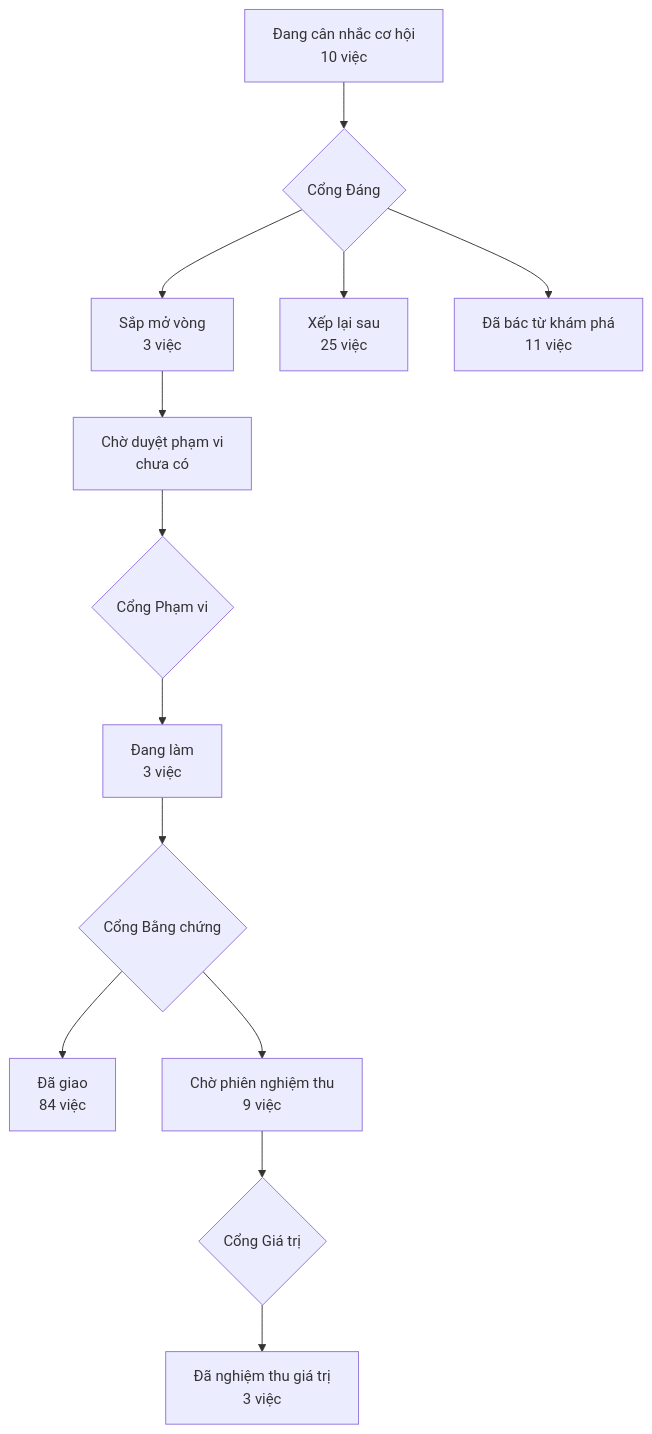
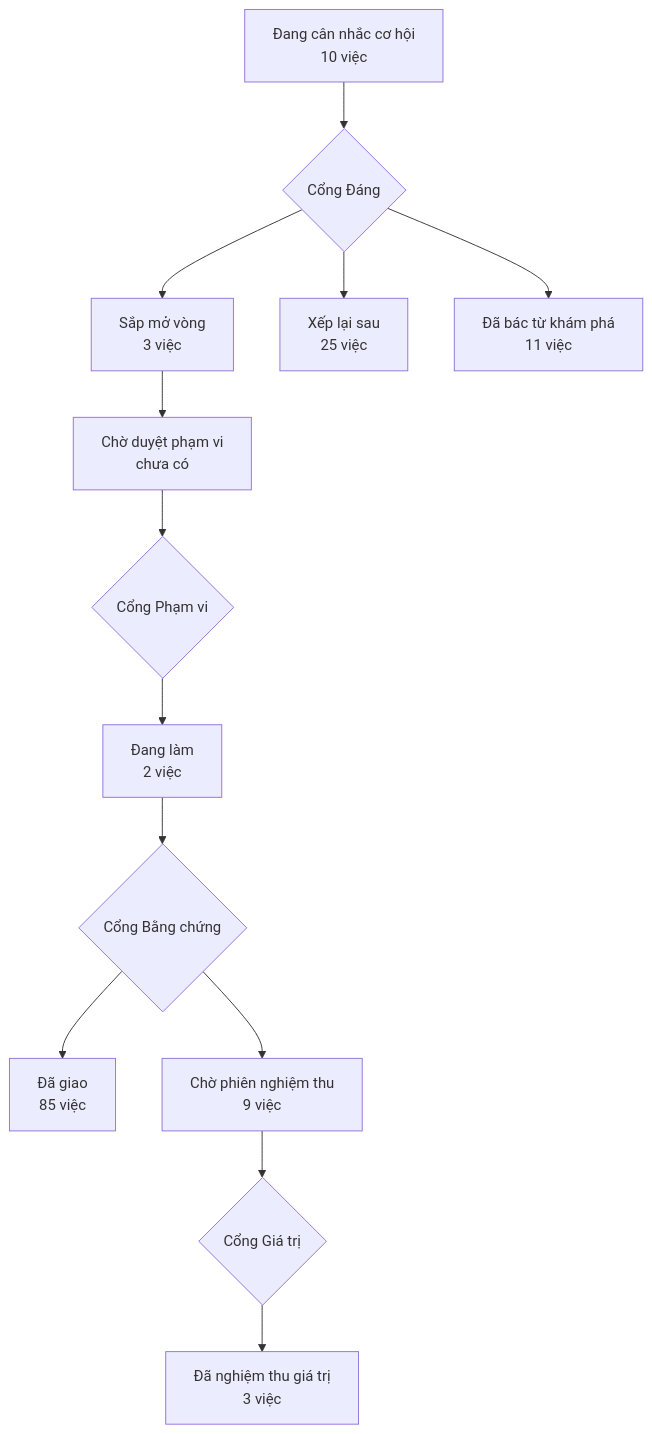
One commit to phanlemanh/acceptance-gate-kit changed the diagram in PRODUCT-MAP.md. Above: the diagram before and after it, drawn with Mermaid. The commit also changed 6 other files, not shown here.

````diff
--- a/PRODUCT-MAP.md
+++ b/PRODUCT-MAP.md
@@ -6,12 +6,12 @@
 ```mermaid
 flowchart TD
   A["Đang cân nhắc cơ hội<br/>10 việc"] --> GD{"Cổng Đáng"}
   GD --> B["Sắp mở vòng<br/>3 việc"]
   GD --> XL["Xếp lại sau<br/>25 việc"]
   GD --> DB["Đã bác từ khám phá<br/>11 việc"]
   B --> CD["Chờ duyệt phạm vi<br/>chưa có"] --> GP{"Cổng Phạm vi"}
-  GP --> DL["Đang làm<br/>3 việc"] --> GB{"Cổng Bằng chứng"}
-  GB --> DG["Đã giao<br/>84 việc"]
+  GP --> DL["Đang làm<br/>2 việc"] --> GB{"Cổng Bằng chứng"}
+  GB --> DG["Đã giao<br/>85 việc"]
   GB --> CN["Chờ phiên nghiệm thu<br/>9 việc"] --> GG{"Cổng Giá trị"}
   GG --> NT["Đã nghiệm thu giá trị<br/>3 việc"]
 ```
````
